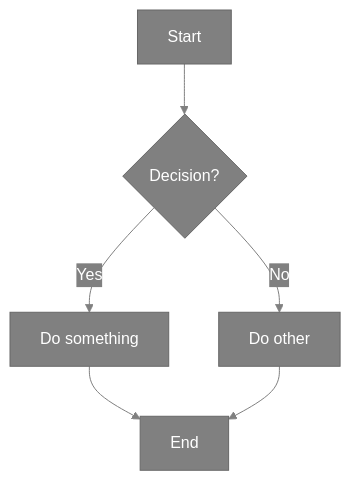
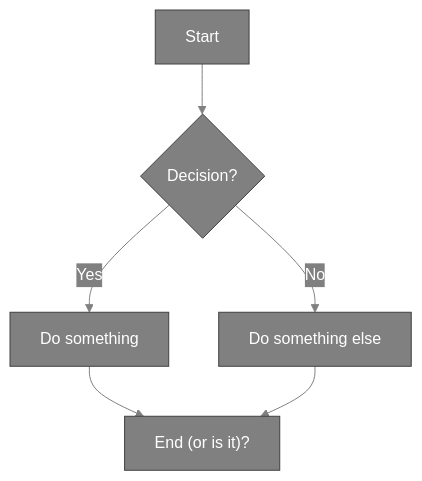
One commit to sswam/allemande changed the second of 2 diagrams in README.md. Above: the diagram before and after it, drawn with Mermaid. The commit also changed other lines of this file, not shown here.

````diff
--- a/README.md
+++ b/README.md
@@ -96,4 +107,20 @@
 ```mermaid
-%%{init: {'theme': 'base', 'themeVariables': {'primaryColor': '#808080', 'primaryTextColor': '#ffffff', 'lineColor': '#808080'}}}%%
-flowchart TD; A[Start] --> B{Decision?}; B -->|Yes| C[Do something]; B -->|No| D[Do other]; C & D --> E[End];
+%%{init: {
+  'theme': 'base',
+  'themeVariables': {
+    'primaryColor': '#808080',
+    'primaryTextColor': '#ffffff',
+    'primaryBorderColor': '#404040',
+    'lineColor': '#808080',
+    'secondaryColor': '#808080',
+    'tertiaryColor': '#808080'
+  }
+}}%%
+flowchart TD
+    A[Start] --> B{Decision?}
+
+    B -->|Yes| C[Do something]
+    B -->|No| D[Do something else]
+    C --> E["End (or is it)?"]
+    D --> E
 ```
````
